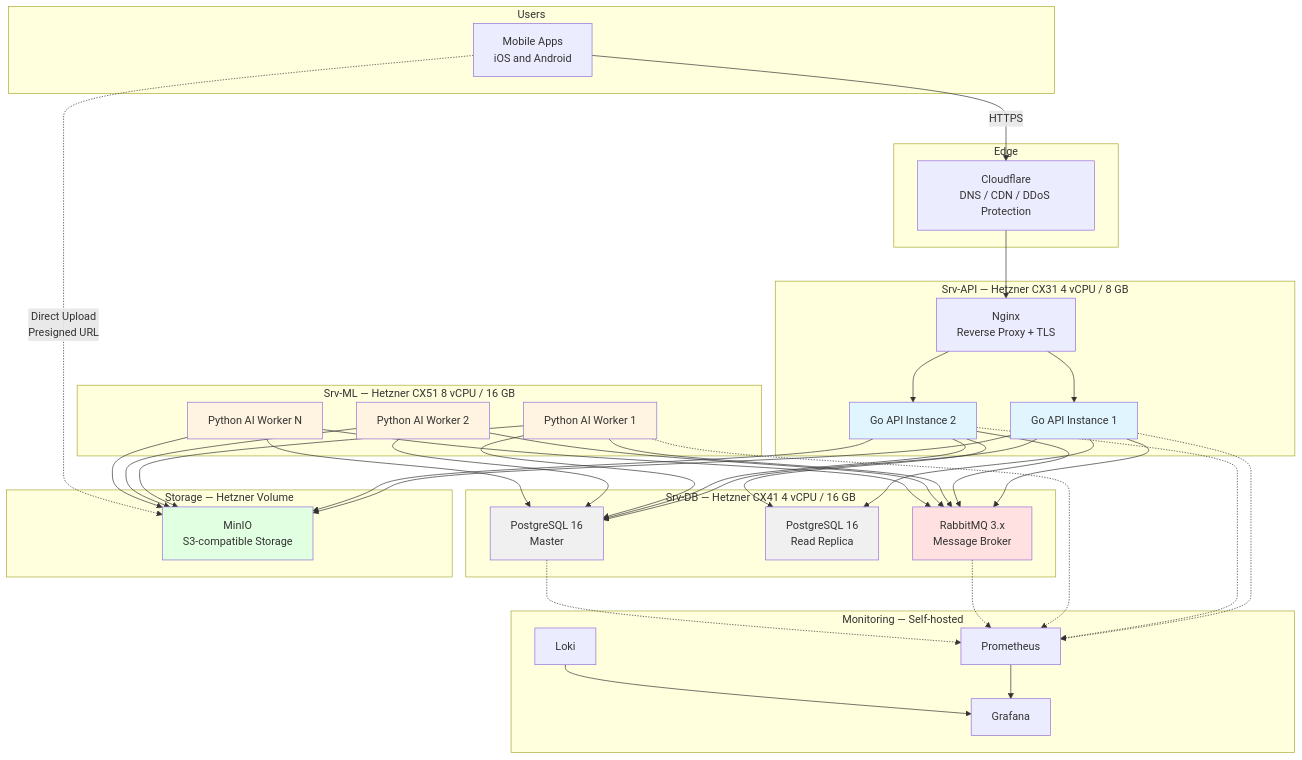
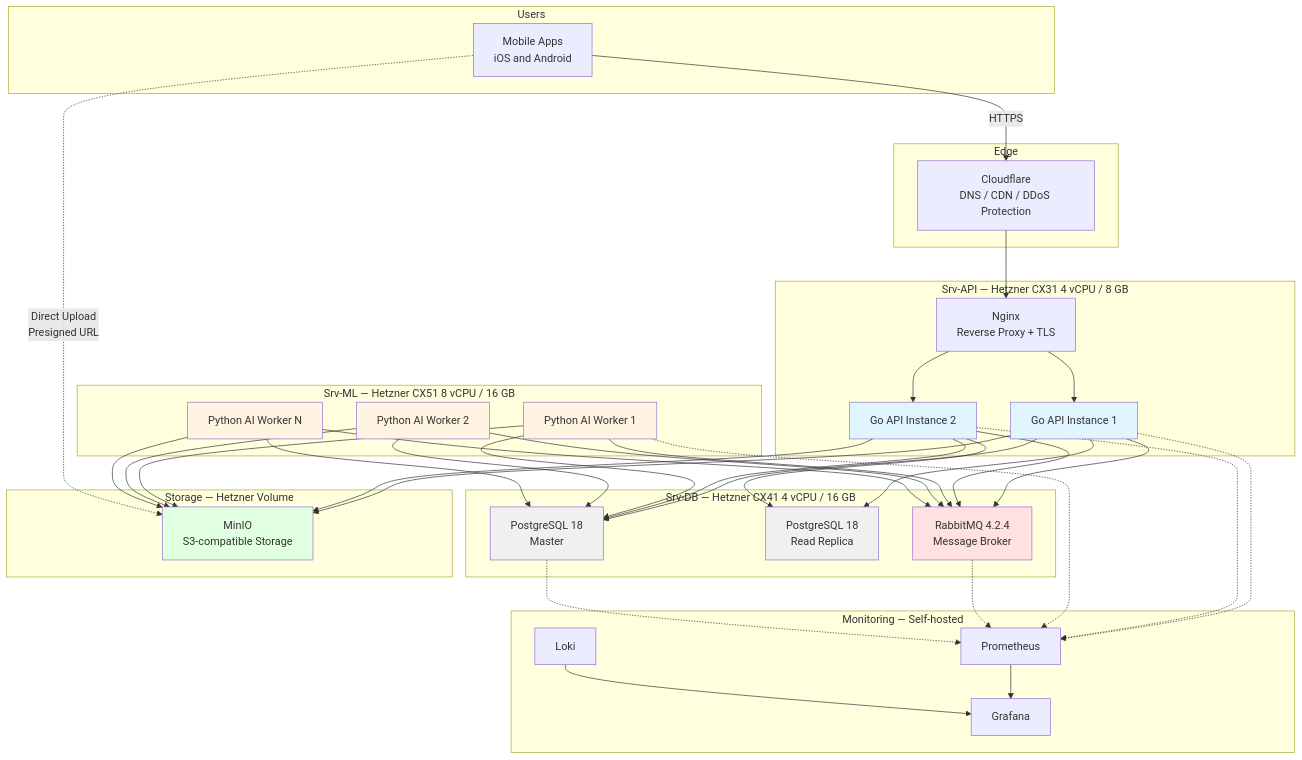
The first of 2 diagrams in docs/20-engineering/developer_guide/architecture/deployment/production.md (Ascension-EIP/Ascension), drawn with Mermaid before and after one commit. The commit also changed other lines of this file and 61 other files, not shown here.

First line of the commit message:
docs(engineering): standardize documentation header and update server architecture migration details

````diff
--- a/docs/20-engineering/developer_guide/architecture/deployment/production.md
+++ b/docs/20-engineering/developer_guide/architecture/deployment/production.md
@@ -78,82 +81,82 @@
 ```mermaid
 graph TB
     subgraph "Users"
         Mobile[Mobile Apps<br/>iOS and Android]
     end
 
     subgraph "Edge"
         CF[Cloudflare<br/>DNS / CDN / DDoS Protection]
     end
 
     subgraph "Srv-API — Hetzner CX31 4 vCPU / 8 GB"
         Nginx[Nginx<br/>Reverse Proxy + TLS]
         API1[Go API Instance 1]
         API2[Go API Instance 2]
     end
 
     subgraph "Srv-DB — Hetzner CX41 4 vCPU / 16 GB"
-        PG_Master[PostgreSQL 16<br/>Master]
-        PG_Replica[PostgreSQL 16<br/>Read Replica]
-        RabbitMQ[RabbitMQ 3.x<br/>Message Broker]
+        PG_Master[PostgreSQL 18<br/>Master]
+        PG_Replica[PostgreSQL 18<br/>Read Replica]
+        RabbitMQ[RabbitMQ 4.2.4<br/>Message Broker]
     end
 
     subgraph "Srv-ML — Hetzner CX51 8 vCPU / 16 GB"
         W1[Python AI Worker 1]
         W2[Python AI Worker 2]
         Wn[Python AI Worker N]
     end
 
     subgraph "Storage — Hetzner Volume"
         MinIO[MinIO<br/>S3-compatible Storage]
     end
 
     subgraph "Monitoring — Self-hosted"
         Prom[Prometheus]
         Grafana[Grafana]
         Loki[Loki]
     end
 
     Mobile -->|HTTPS| CF
     CF --> Nginx
     Nginx --> API1
     Nginx --> API2
 
     API1 --> PG_Master
     API2 --> PG_Master
     API1 --> PG_Replica
     API2 --> PG_Replica
     API1 --> RabbitMQ
     API2 --> RabbitMQ
     API1 --> MinIO
     API2 --> MinIO
 
     W1 --> RabbitMQ
     W2 --> RabbitMQ
     Wn --> RabbitMQ
     W1 --> MinIO
     W2 --> MinIO
     Wn --> MinIO
     W1 --> PG_Master
     W2 --> PG_Master
     Wn --> PG_Master
 
     Mobile -.->|Direct Upload<br/>Presigned URL| MinIO
 
     API1 -.-> Prom
     API2 -.-> Prom
     W1 -.-> Prom
     RabbitMQ -.-> Prom
     PG_Master -.-> Prom
     Prom --> Grafana
     Loki --> Grafana
 
     style API1 fill:#e1f5ff
     style API2 fill:#e1f5ff
     style W1 fill:#fff4e1
     style W2 fill:#fff4e1
     style Wn fill:#fff4e1
     style PG_Master fill:#f0f0f0
     style PG_Replica fill:#f0f0f0
     style RabbitMQ fill:#ffe1e1
     style MinIO fill:#e1ffe1
 ```
````
